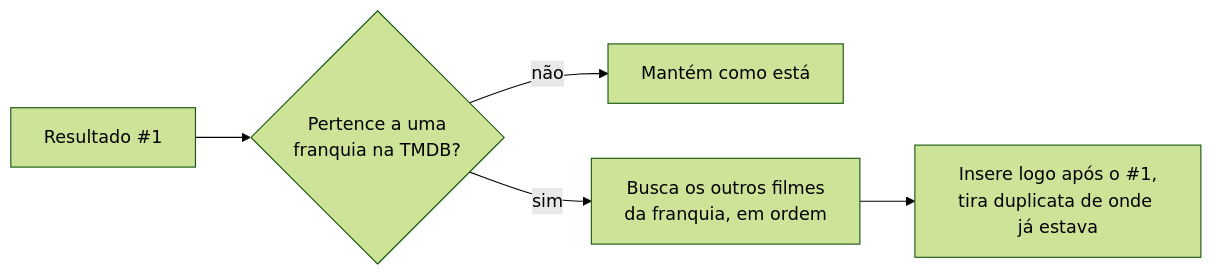
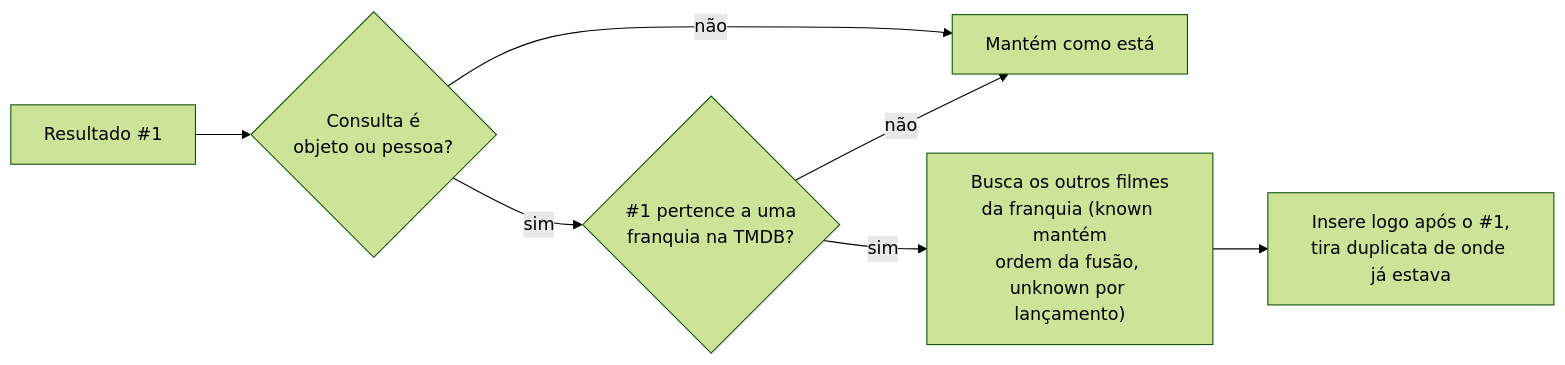
The seventh of 14 diagrams in docs/METODOLOGIA.md (davidogral/recomenda-ai), drawn with Mermaid (forest theme) before and after one commit. The commit also changed other lines of this file and 2 other files, not shown here.

````diff
--- a/docs/METODOLOGIA.md
+++ b/docs/METODOLOGIA.md
@@ -448,7 +448,9 @@
 ```mermaid
 flowchart LR
-    T[Resultado #1] --> C{Pertence a uma<br/>franquia na TMDB?}
-    C -->|não| OUT[Mantém como está]
-    C -->|sim| F[Busca os outros filmes<br/>da franquia, em ordem]
+    T[Resultado #1] --> Q{Consulta é<br/>objeto ou pessoa?}
+    Q -->|não| OUT[Mantém como está]
+    Q -->|sim| C{#1 pertence a uma<br/>franquia na TMDB?}
+    C -->|não| OUT
+    C -->|sim| F["Busca os outros filmes<br/>da franquia (known mantém<br/>ordem da fusão, unknown por lançamento)"]
     F --> M[Insere logo após o #1,<br/>tira duplicata de onde já estava]
 ```
````
